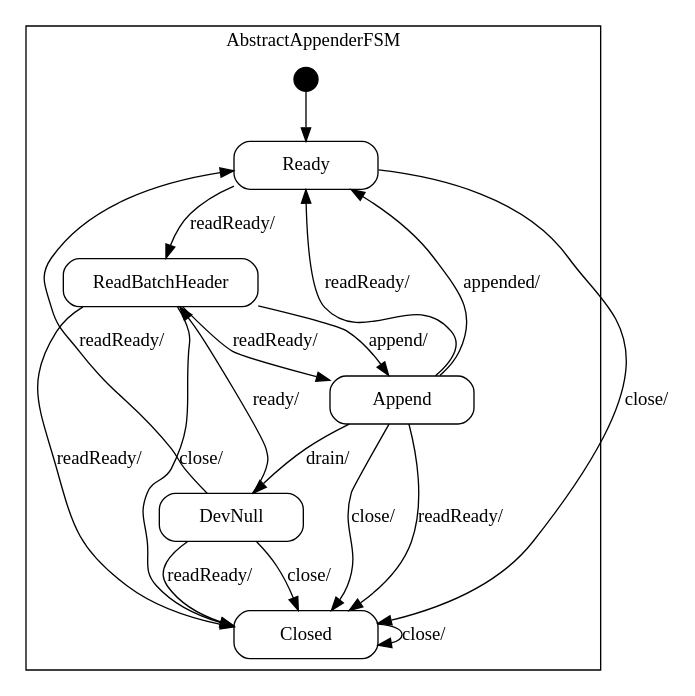
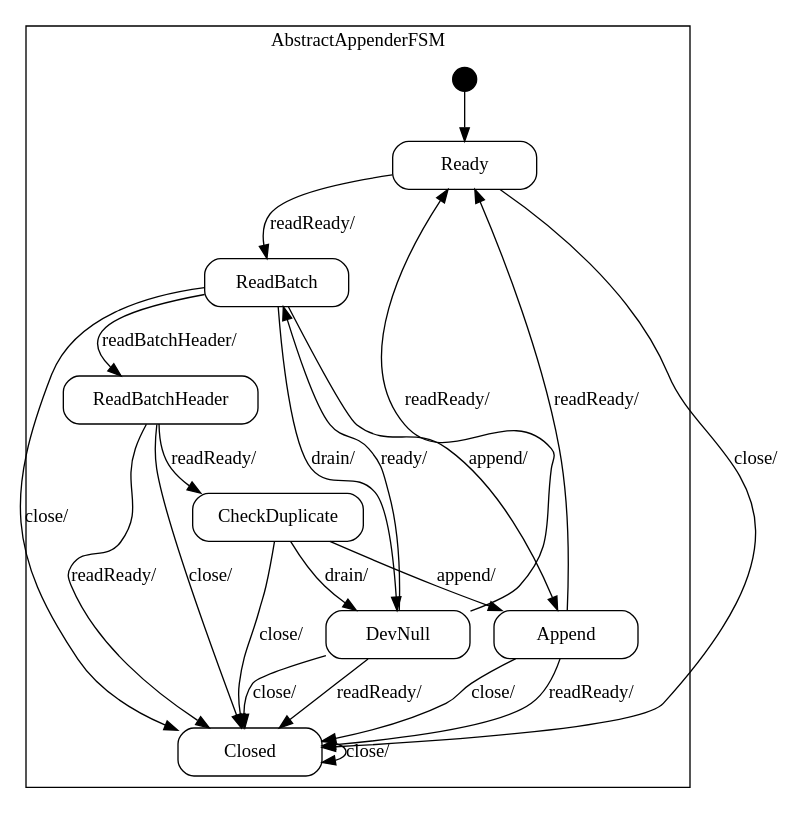
The diagram in spindle/doc/AbstractAppender_sm.dot (vmehra-sfdc/Ouroboros), drawn with Graphviz before and after one commit. The commit also changed 16 other files, not shown here.

```diff
--- a/spindle/doc/AbstractAppender_sm.dot
+++ b/spindle/doc/AbstractAppender_sm.dot
@@ -1,87 +1,105 @@
 digraph AbstractAppender {
 
     node
         [shape=Mrecord width=1.5];
 
     subgraph cluster_AbstractAppenderFSM {
 
         label="AbstractAppenderFSM";
 
         //
         // States (Nodes)
         //
 
         "AbstractAppenderFSM::Ready"
             [label="{Ready}"];
 
+        "AbstractAppenderFSM::ReadBatch"
+            [label="{ReadBatch}"];
+
+        "AbstractAppenderFSM::ReadBatchHeader"
+            [label="{ReadBatchHeader}"];
+
+        "AbstractAppenderFSM::CheckDuplicate"
+            [label="{CheckDuplicate}"];
+
         "AbstractAppenderFSM::Append"
             [label="{Append}"];
 
         "AbstractAppenderFSM::DevNull"
             [label="{DevNull}"];
-
-        "AbstractAppenderFSM::ReadBatchHeader"
-            [label="{ReadBatchHeader}"];
 
         "AbstractAppenderFSM::Closed"
             [label="{Closed}"];
 
         "%start"
             [label="" shape=circle style=filled fillcolor=black width=0.25];
 
         //
         // Transitions (Edges)
         //
 
-        "AbstractAppenderFSM::Ready" -> "AbstractAppenderFSM::ReadBatchHeader"
+        "AbstractAppenderFSM::Ready" -> "AbstractAppenderFSM::ReadBatch"
             [label="readReady/\l"];
 
         "AbstractAppenderFSM::Ready" -> "AbstractAppenderFSM::Closed"
             [label="close/\l"];
 
-        "AbstractAppenderFSM::Append" -> "AbstractAppenderFSM::DevNull"
+        "AbstractAppenderFSM::ReadBatch" -> "AbstractAppenderFSM::DevNull"
             [label="drain/\l"];
+
+        "AbstractAppenderFSM::ReadBatch" -> "AbstractAppenderFSM::Append"
+            [label="append/\l"];
+
+        "AbstractAppenderFSM::ReadBatch" -> "AbstractAppenderFSM::ReadBatchHeader"
+            [label="readBatchHeader/\l"];
+
+        "AbstractAppenderFSM::ReadBatch" -> "AbstractAppenderFSM::Closed"
+            [label="close/\l"];
+
+        "AbstractAppenderFSM::ReadBatchHeader" -> "AbstractAppenderFSM::Closed"
+            [label="readReady/\l"];
+
+        "AbstractAppenderFSM::ReadBatchHeader" -> "AbstractAppenderFSM::CheckDuplicate"
+            [label="readReady/\l"];
+
+        "AbstractAppenderFSM::ReadBatchHeader" -> "AbstractAppenderFSM::Closed"
+            [label="close/\l"];
+
+        "AbstractAppenderFSM::CheckDuplicate" -> "AbstractAppenderFSM::Append"
+            [label="append/\l"];
+
+        "AbstractAppenderFSM::CheckDuplicate" -> "AbstractAppenderFSM::DevNull"
+            [label="drain/\l"];
+
+        "AbstractAppenderFSM::CheckDuplicate" -> "AbstractAppenderFSM::Closed"
+            [label="close/\l"];
 
         "AbstractAppenderFSM::Append" -> "AbstractAppenderFSM::Closed"
             [label="readReady/\l"];
 
         "AbstractAppenderFSM::Append" -> "AbstractAppenderFSM::Ready"
             [label="readReady/\l"];
 
-        "AbstractAppenderFSM::Append" -> "AbstractAppenderFSM::Ready"
-            [label="appended/\l"];
-
         "AbstractAppenderFSM::Append" -> "AbstractAppenderFSM::Closed"
             [label="close/\l"];
 
-        "AbstractAppenderFSM::DevNull" -> "AbstractAppenderFSM::ReadBatchHeader"
+        "AbstractAppenderFSM::DevNull" -> "AbstractAppenderFSM::ReadBatch"
             [label="ready/\l"];
 
         "AbstractAppenderFSM::DevNull" -> "AbstractAppenderFSM::Closed"
             [label="readReady/\l"];
 
         "AbstractAppenderFSM::DevNull" -> "AbstractAppenderFSM::Ready"
             [label="readReady/\l"];
 
         "AbstractAppenderFSM::DevNull" -> "AbstractAppenderFSM::Closed"
             [label="close/\l"];
 
-        "AbstractAppenderFSM::ReadBatchHeader" -> "AbstractAppenderFSM::Append"
-            [label="append/\l"];
-
-        "AbstractAppenderFSM::ReadBatchHeader" -> "AbstractAppenderFSM::Closed"
-            [label="readReady/\l"];
-
-        "AbstractAppenderFSM::ReadBatchHeader" -> "AbstractAppenderFSM::Append"
-            [label="readReady/\l"];
-
-        "AbstractAppenderFSM::ReadBatchHeader" -> "AbstractAppenderFSM::Closed"
-            [label="close/\l"];
-
         "AbstractAppenderFSM::Closed" -> "AbstractAppenderFSM::Closed"
             [label="close/\l"];
 
         "%start" -> "AbstractAppenderFSM::Ready"
     }
 
 }
```
